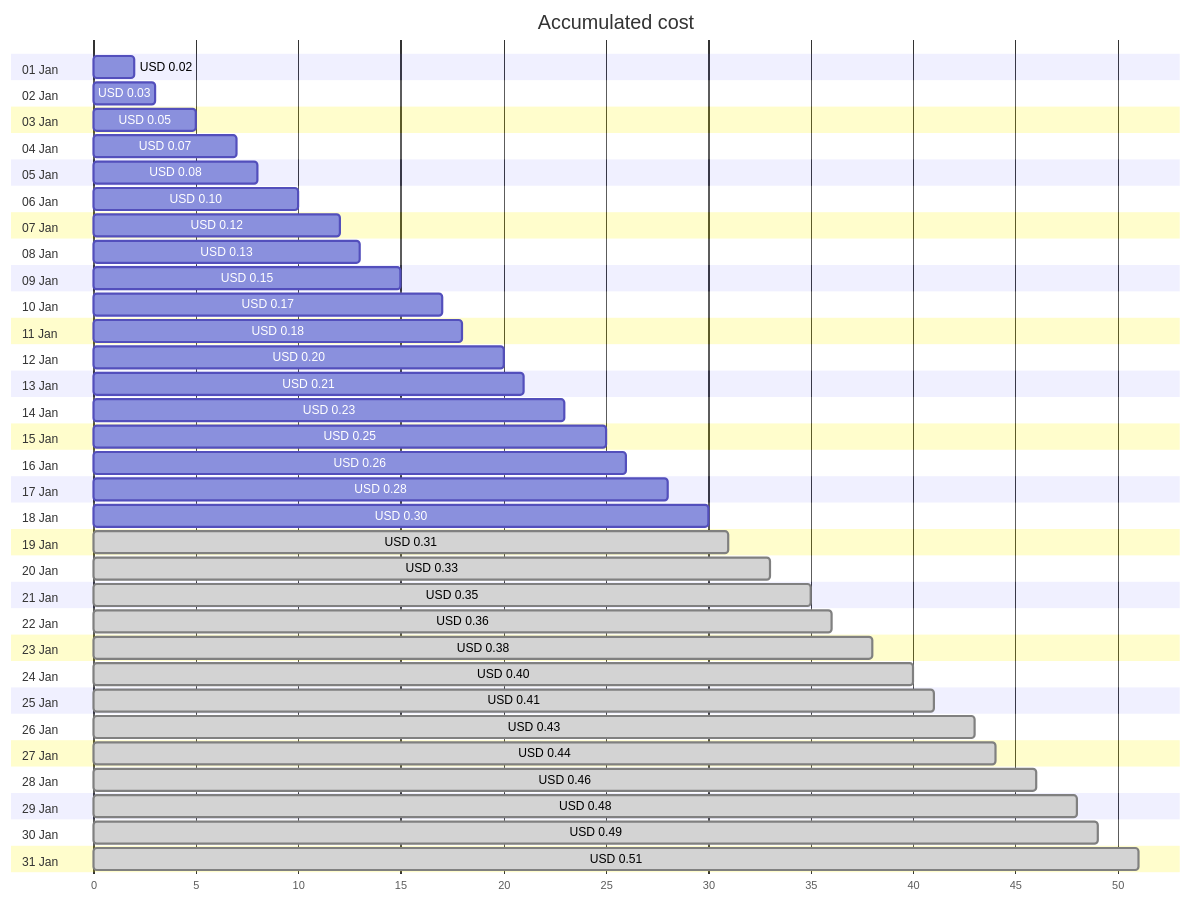
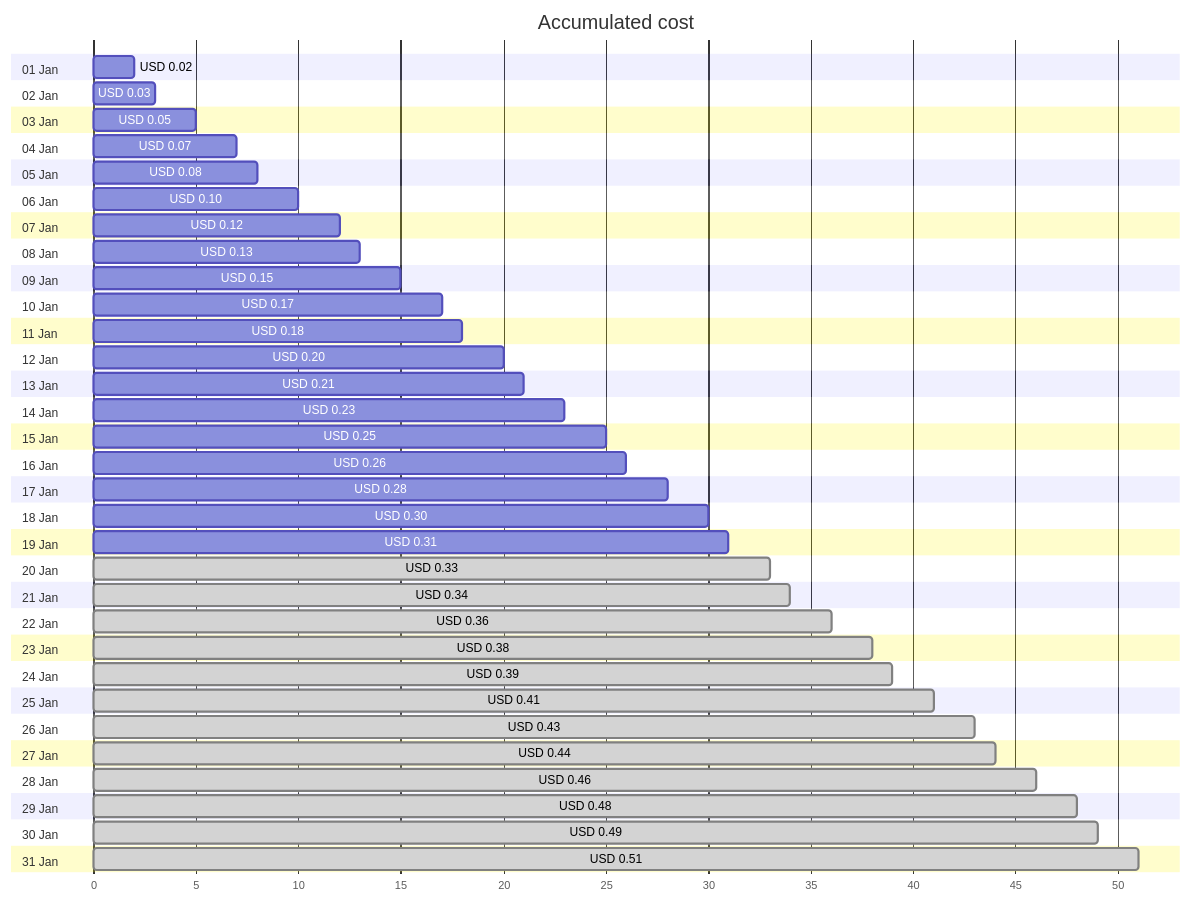
The first of 4 diagrams in cost-reports/personal-dns/jpatrickfulton.dev.md (jpfulton/azure-personal-reports), drawn with Mermaid before and after one commit. The commit also changed other lines of this file and 2 other files, not shown here.

````diff
--- a/cost-reports/personal-dns/jpatrickfulton.dev.md
+++ b/cost-reports/personal-dns/jpatrickfulton.dev.md
@@ -20,68 +20,68 @@
 ```mermaid
 gantt
    title Accumulated cost
    dateFormat  X
    axisFormat %s
    section 01 Jan
    USD 0.02 :0, 2
    section 02 Jan
    USD 0.03 :0, 3
    section 03 Jan
    USD 0.05 :0, 5
    section 04 Jan
    USD 0.07 :0, 7
    section 05 Jan
    USD 0.08 :0, 8
    section 06 Jan
    USD 0.10 :0, 10
    section 07 Jan
    USD 0.12 :0, 12
    section 08 Jan
    USD 0.13 :0, 13
    section 09 Jan
    USD 0.15 :0, 15
    section 10 Jan
    USD 0.17 :0, 17
    section 11 Jan
    USD 0.18 :0, 18
    section 12 Jan
    USD 0.20 :0, 20
    section 13 Jan
    USD 0.21 :0, 21
    section 14 Jan
    USD 0.23 :0, 23
    section 15 Jan
    USD 0.25 :0, 25
    section 16 Jan
    USD 0.26 :0, 26
    section 17 Jan
    USD 0.28 :0, 28
    section 18 Jan
    USD 0.30 :0, 30
    section 19 Jan
-   USD 0.31 : done, 0, 31
+   USD 0.31 :0, 31
    section 20 Jan
    USD 0.33 : done, 0, 33
    section 21 Jan
-   USD 0.35 : done, 0, 35
+   USD 0.34 : done, 0, 34
    section 22 Jan
    USD 0.36 : done, 0, 36
    section 23 Jan
    USD 0.38 : done, 0, 38
    section 24 Jan
-   USD 0.40 : done, 0, 40
+   USD 0.39 : done, 0, 39
    section 25 Jan
    USD 0.41 : done, 0, 41
    section 26 Jan
    USD 0.43 : done, 0, 43
    section 27 Jan
    USD 0.44 : done, 0, 44
    section 28 Jan
    USD 0.46 : done, 0, 46
    section 29 Jan
    USD 0.48 : done, 0, 48
    section 30 Jan
    USD 0.49 : done, 0, 49
    section 31 Jan
    USD 0.51 : done, 0, 51
 ```
````
